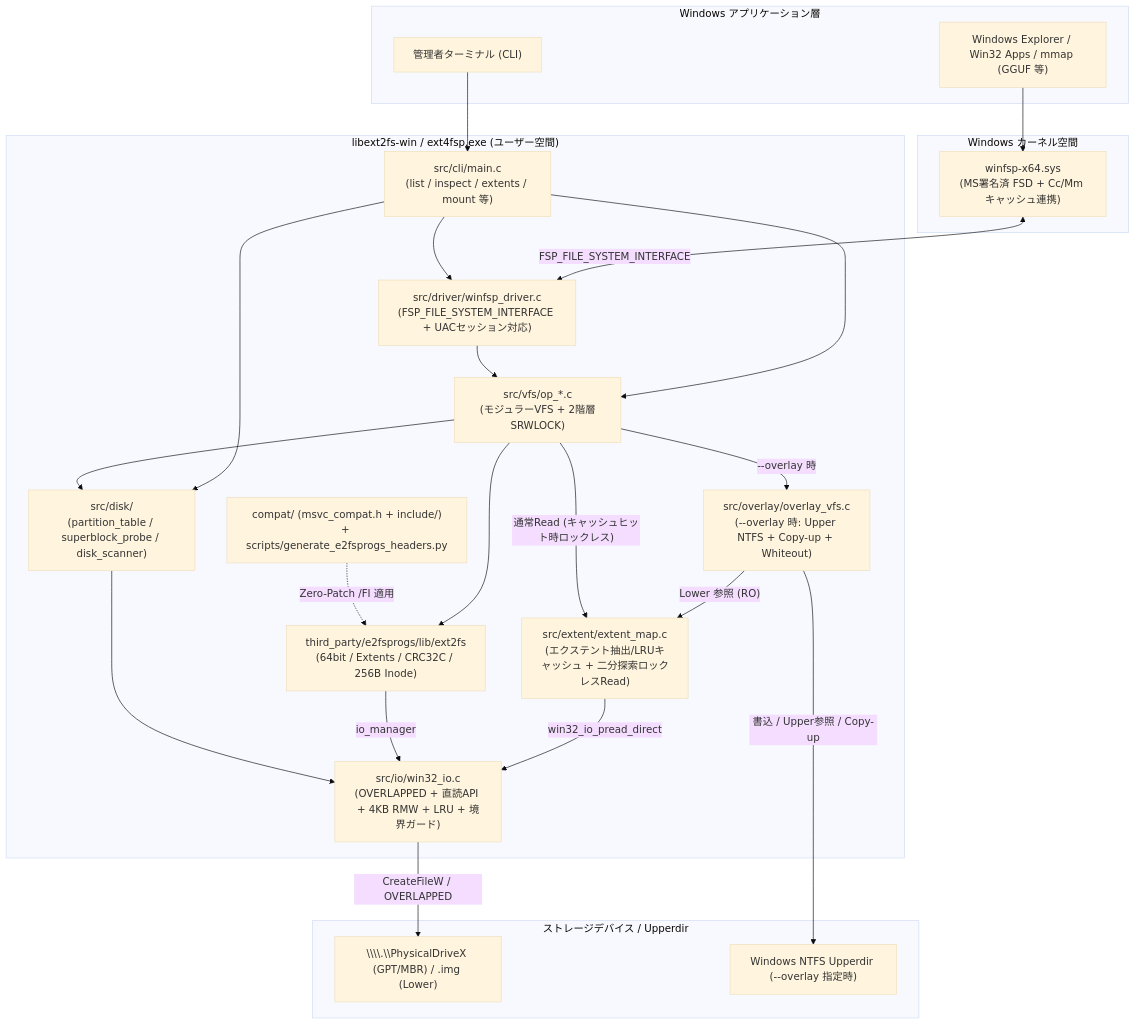
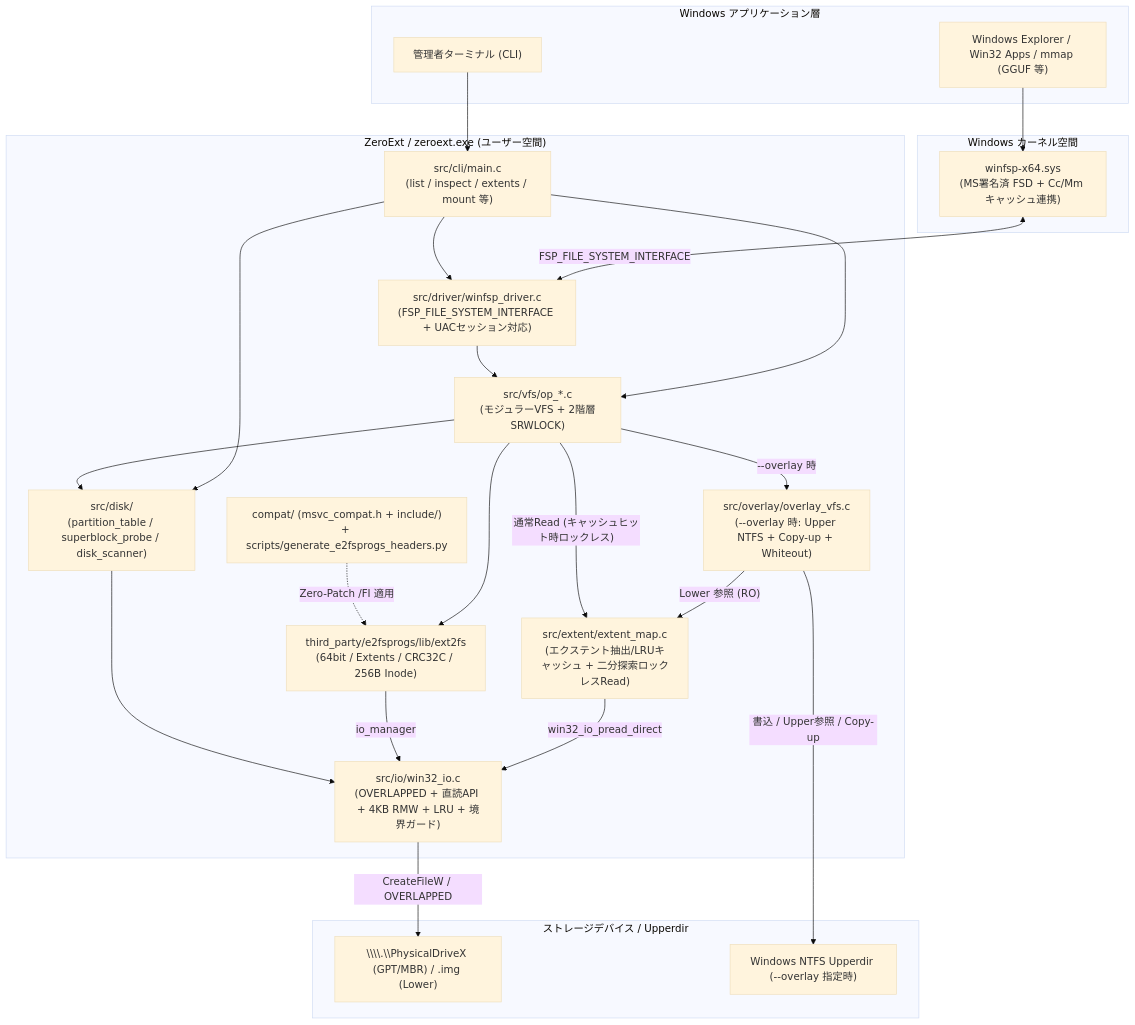
The first of 2 diagrams in docs/architecture.md (totatake/ZeroExt), drawn with Mermaid (base theme) before and after one commit. The commit also changed other lines of this file and 32 other files, not shown here.

Commit message:
chore,feat: rename project to ZeroExt (zeroext.exe) and enable Direct I/O by default on RO/overlay

````diff
--- a/docs/architecture.md
+++ b/docs/architecture.md
@@ -9,47 +9,47 @@
 ```mermaid
 flowchart TD
     subgraph UserApps["Windows アプリケーション層"]
         Exp["Windows Explorer / Win32 Apps / mmap (GGUF 等)"]
         CliUser["管理者ターミナル (CLI)"]
     end
 
     subgraph Kernel["Windows カーネル空間"]
         WinFspSys["winfsp-x64.sys\n(MS署名済 FSD + Cc/Mm キャッシュ連携)"]
     end
 
-    subgraph DriverExe["libext2fs-win / ext4fsp.exe (ユーザー空間)"]
+    subgraph DriverExe["ZeroExt / zeroext.exe (ユーザー空間)"]
         CLI["src/cli/main.c\n(list / inspect / extents / mount 等)"]
         WinFspDrv["src/driver/winfsp_driver.c\n(FSP_FILE_SYSTEM_INTERFACE + UACセッション対応)"]
         Overlay["src/overlay/overlay_vfs.c\n(--overlay 時: Upper NTFS + Copy-up + Whiteout)"]
         VFS["src/vfs/op_*.c\n(モジュラーVFS + 2階層SRWLOCK)"]
         Extent["src/extent/extent_map.c\n(エクステント抽出/LRUキャッシュ + 二分探索ロックレスRead)"]
         Disk["src/disk/\n(partition_table / superblock_probe / disk_scanner)"]
         LibExt2["third_party/e2fsprogs/lib/ext2fs\n(64bit / Extents / CRC32C / 256B Inode)"]
         Compat["compat/ (msvc_compat.h + include/)\n+ scripts/generate_e2fsprogs_headers.py"]
         Win32IO["src/io/win32_io.c\n(OVERLAPPED + 直読API + 4KB RMW + LRU + 境界ガード)"]
     end
 
     subgraph Storage["ストレージデバイス / Upperdir"]
         Phys["\\\\.\\PhysicalDriveX (GPT/MBR) / .img (Lower)"]
         NtfsUpper["Windows NTFS Upperdir (--overlay 指定時)"]
     end
 
     Exp --> WinFspSys
     WinFspSys <-->|"FSP_FILE_SYSTEM_INTERFACE"| WinFspDrv
     CliUser --> CLI
     CLI --> Disk
     CLI --> VFS
     CLI --> WinFspDrv
     WinFspDrv --> VFS
     VFS -->|"--overlay 時"| Overlay
     Overlay -->|"書込 / Upper参照 / Copy-up"| NtfsUpper
     Overlay -->|"Lower 参照 (RO)"| Extent
     VFS -->|"通常Read (キャッシュヒット時ロックレス)"| Extent
     VFS --> Disk
     VFS --> LibExt2
     Compat -.->|"Zero-Patch /FI 適用"| LibExt2
     Extent -->|"win32_io_pread_direct"| Win32IO
     LibExt2 -->|"io_manager"| Win32IO
     Disk --> Win32IO
     Win32IO -->|"CreateFileW / OVERLAPPED"| Phys
 ```
````
